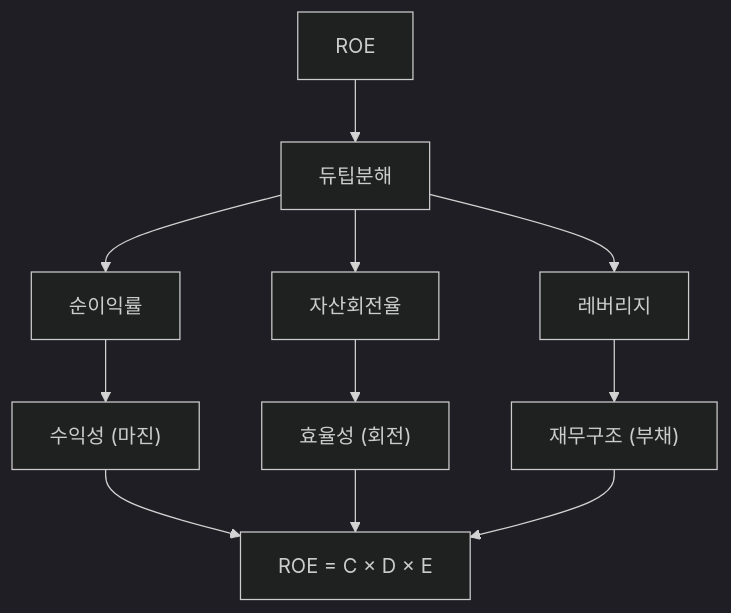
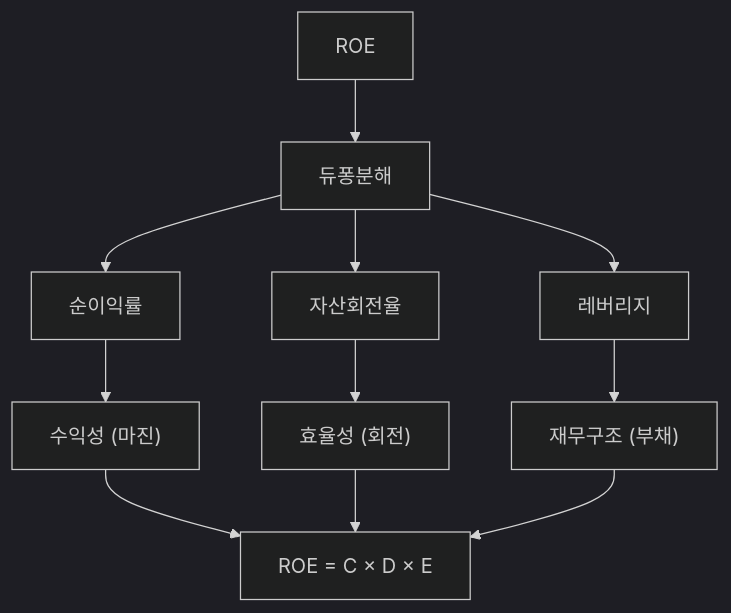
One commit to yeongseon/stock-visual-note changed the diagram in content/stock-terms/ko/level-04-ratios/roe.md. Above: the diagram before and after it, drawn with Mermaid (dark theme). The commit also changed other lines of this file and 108 other files, not shown here.

````diff
--- a/content/stock-terms/ko/level-04-ratios/roe.md
+++ b/content/stock-terms/ko/level-04-ratios/roe.md
@@ -39,14 +39,14 @@
 ```mermaid
 graph TD
     A["ROE"]
-    A --> B["듀팁분해"]
+    A --> B["듀퐁분해"]
     B --> C["순이익률"]
     B --> D["자산회전율"]
     B --> E["레버리지"]
     C --> F["수익성 (마진)"]
     D --> G["효율성 (회전)"]
     E --> H["재무구조 (부채)"]
     F --> I["ROE = C × D × E"]
     G --> I
     H --> I
 ```
````
